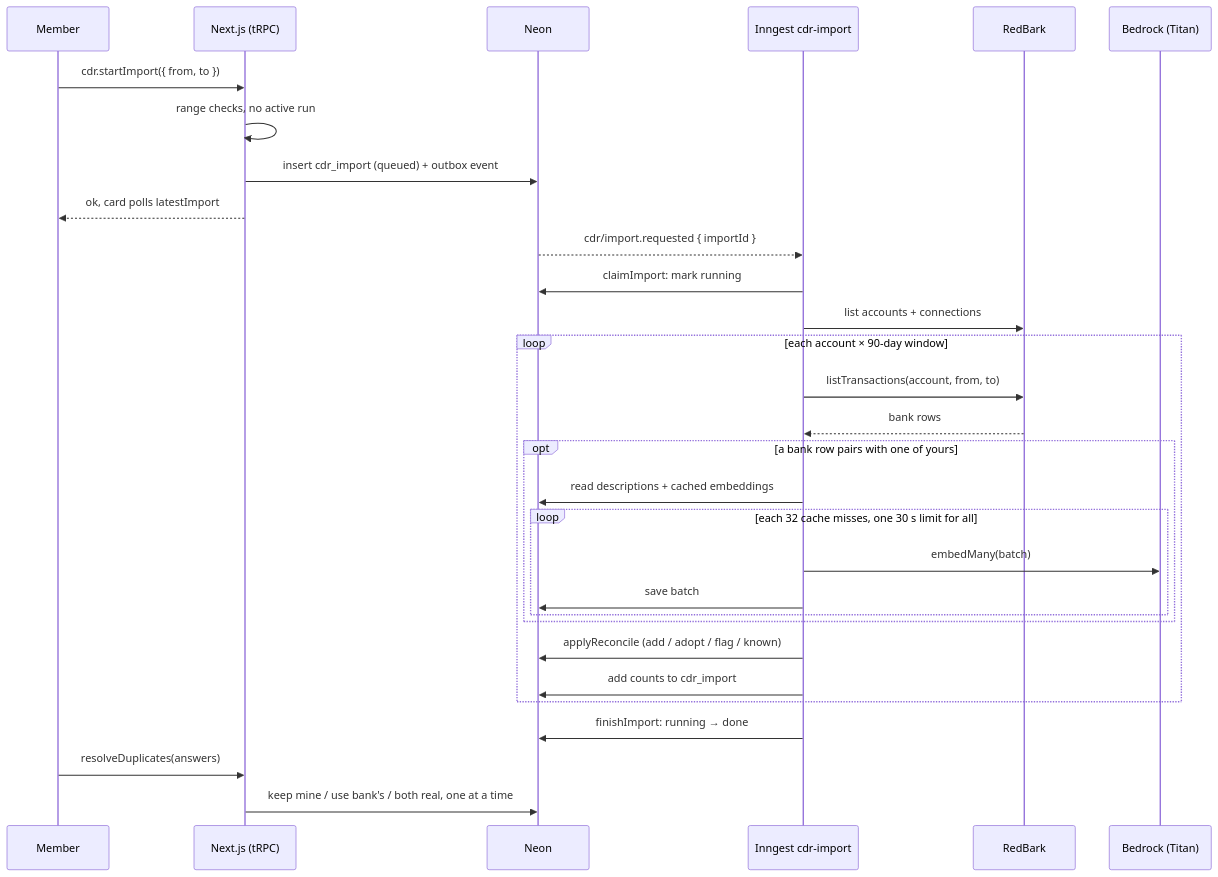
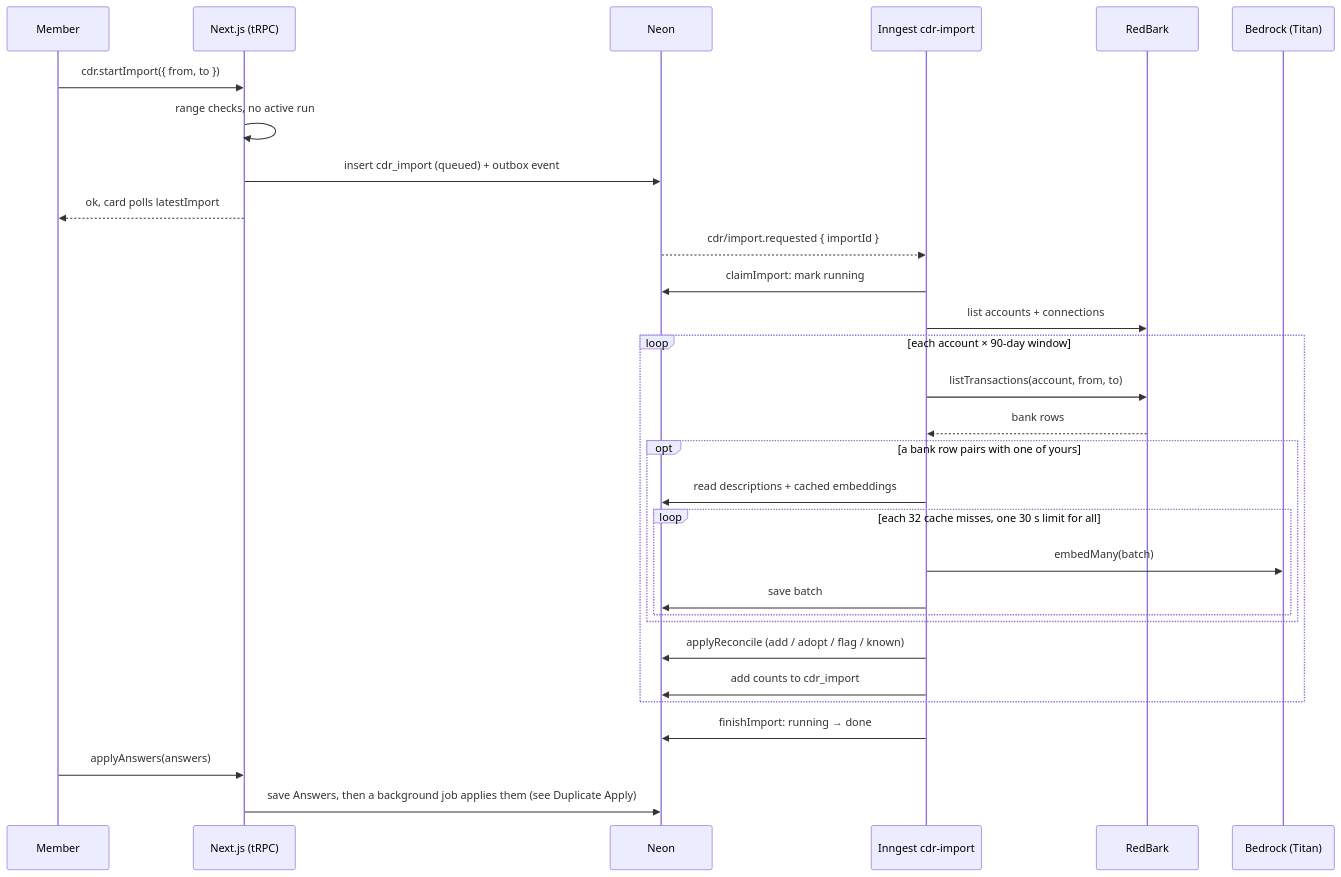
Before and after one commit to samjmarshall/personal-finance: the first of 2 diagrams in docs/feature/history-import.md, drawn with Mermaid. The commit also changed other lines of this file and 8 other files, not shown here.

First line of the commit message:
docs: document async duplicate apply

````diff
--- a/docs/feature/history-import.md
+++ b/docs/feature/history-import.md
@@ -93,33 +93,33 @@
 ```mermaid
 sequenceDiagram
     participant M as Member
     participant App as Next.js (tRPC)
     participant DB as Neon
     participant Job as Inngest cdr-import
     participant RB as RedBark
     participant Bedrock as Bedrock (Titan)
 
     M->>App: cdr.startImport({ from, to })
     App->>App: range checks, no active run
     App->>DB: insert cdr_import (queued) + outbox event
     App-->>M: ok, card polls latestImport
     DB-->>Job: cdr/import.requested { importId }
     Job->>DB: claimImport: mark running
     Job->>RB: list accounts + connections
     loop each account × 90-day window
         Job->>RB: listTransactions(account, from, to)
         RB-->>Job: bank rows
         opt a bank row pairs with one of yours
             Job->>DB: read descriptions + cached embeddings
             loop each 32 cache misses, one 30 s limit for all
                 Job->>Bedrock: embedMany(batch)
                 Job->>DB: save batch
             end
         end
         Job->>DB: applyReconcile (add / adopt / flag / known)
         Job->>DB: add counts to cdr_import
     end
     Job->>DB: finishImport: running → done
-    M->>App: resolveDuplicates(answers)
-    App->>DB: keep mine / use bank's / both real, one at a time
+    M->>App: applyAnswers(answers)
+    App->>DB: save Answers, then a background job applies them (see Duplicate Apply)
 ```
````
